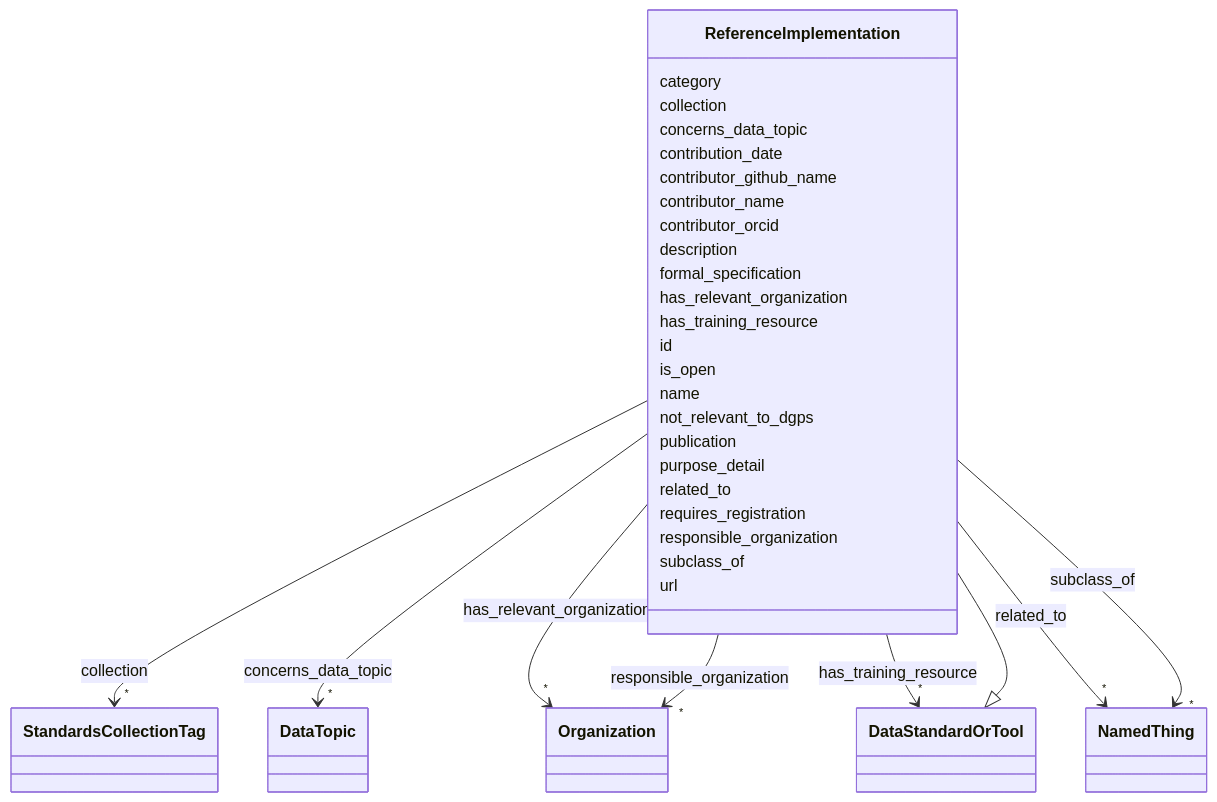
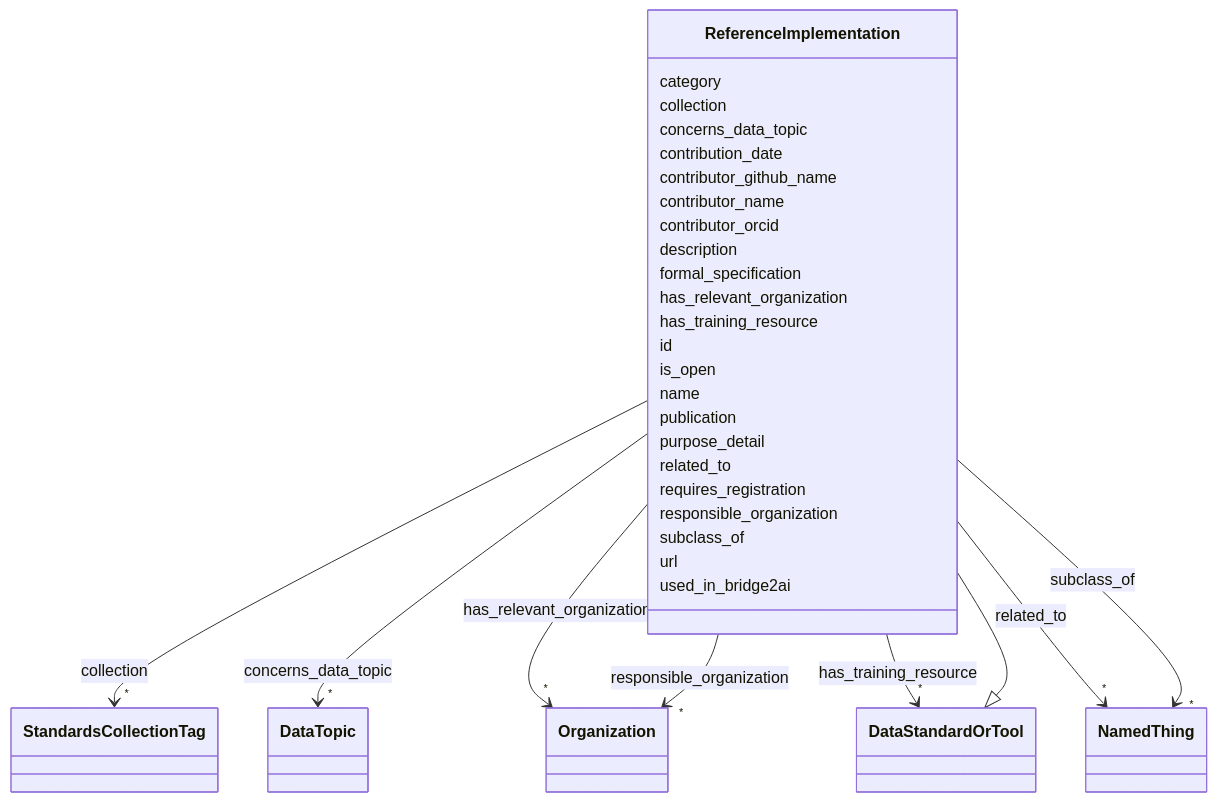
One commit to bridge2ai/standards-schemas changed the diagram in docs/ReferenceImplementation.md. Above: the diagram before and after it, drawn with Mermaid. The commit also changed other lines of this file and 44 other files, not shown here.

````diff
--- a/docs/ReferenceImplementation.md
+++ b/docs/ReferenceImplementation.md
@@ -79,8 +79,6 @@
         
       ReferenceImplementation : name
         
-      ReferenceImplementation : not_relevant_to_dgps
-        
       ReferenceImplementation : publication
         
       ReferenceImplementation : purpose_detail
@@ -116,5 +114,7 @@
         
       ReferenceImplementation : url
         
+      ReferenceImplementation : used_in_bridge2ai
+        
       
 ```
````
